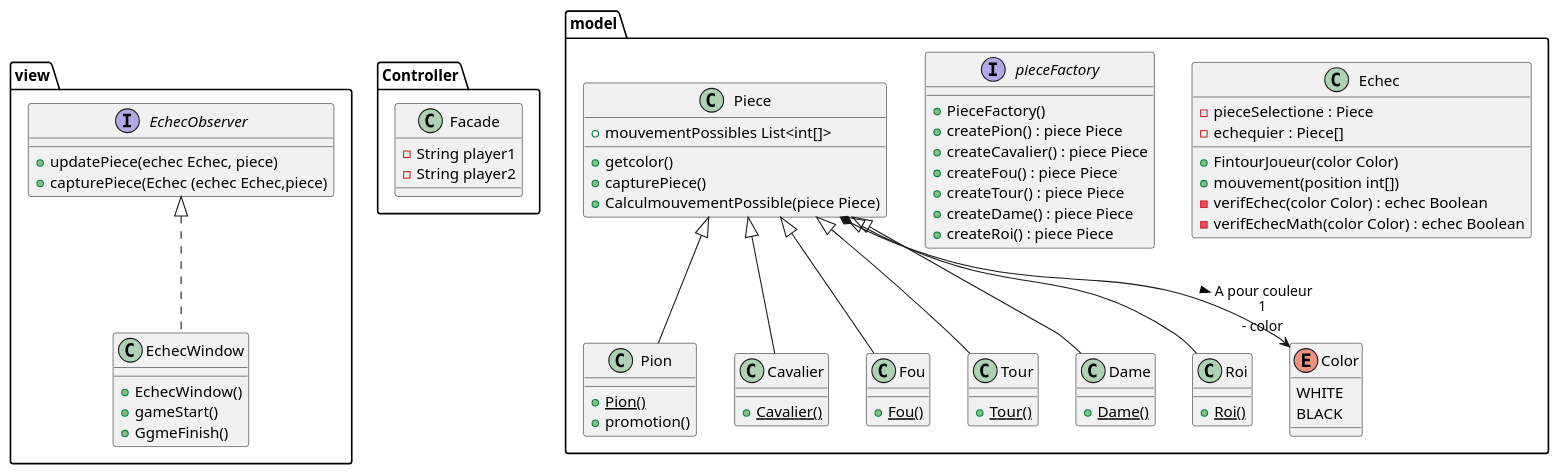
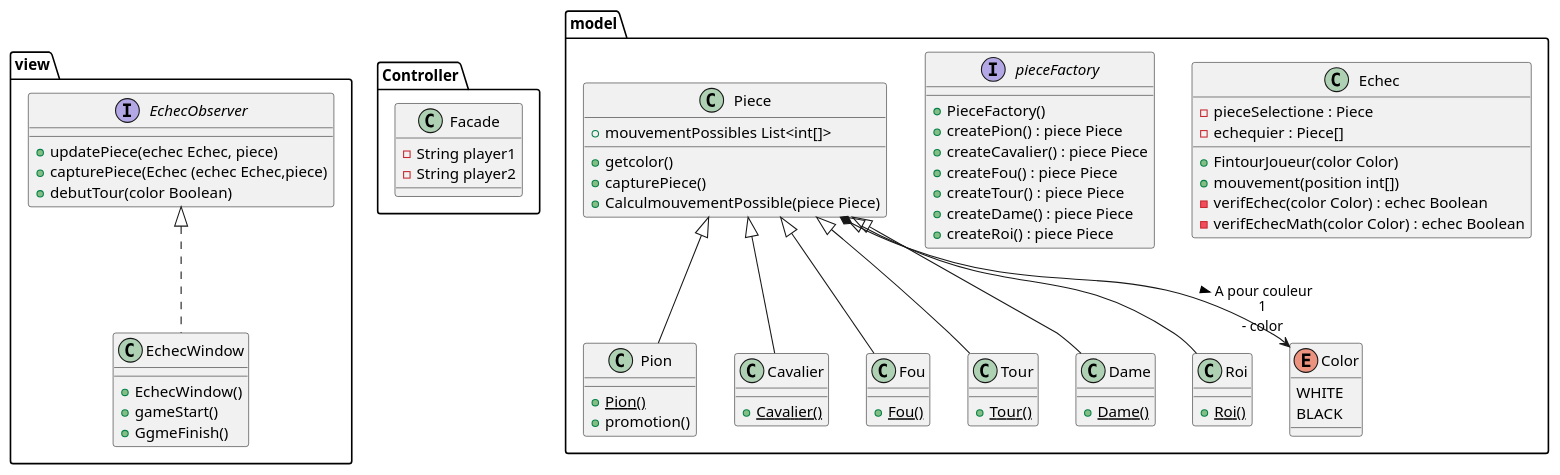
Before and after one commit to Dubimasa/Echec: the diagram in Echec/diagsUML/Diagramme_Class_Echec.puml, drawn with PlantUML.

Commit message:
Modification uml

```diff
--- a/Echec/diagsUML/Diagramme_Class_Echec.puml
+++ b/Echec/diagsUML/Diagramme_Class_Echec.puml
@@ -1,89 +1,90 @@
 @startuml
 'https://plantuml.com/class-diagram
 
 
 Package view{
     interface EchecObserver
     {
         +updatePiece(echec Echec, piece)
         +capturePiece(Echec (echec Echec,piece)
+        +debutTour(color Boolean)
     }
     class EchecWindow implements EchecObserver
     {
      +EchecWindow()
      +gameStart()
      +GgmeFinish()
     }
 
 }
 Package Controller
 {
     class Facade
     {
         -String player1
         -String player2
     }
 }
 Package model
 {
     class Echec {
 
     -pieceSelectione : Piece
     -echequier : Piece[]
     +FintourJoueur(color Color)
     +mouvement(position int[])
     -verifEchec(color Color) : echec Boolean
     -verifEchecMath(color Color) : echec Boolean
     }
     Interface pieceFactory
     {
         +PieceFactory()
         +createPion() : piece Piece
         +createCavalier() : piece Piece
         +createFou() : piece Piece
         +createTour() : piece Piece
         +createDame() : piece Piece
         +createRoi() : piece Piece
     }
     class Piece
     {
         +mouvementPossibles List<int[]>
         +getcolor()
         +capturePiece()
         +CalculmouvementPossible(piece Piece)
     }
     class Pion extends Piece
     {
         +{static}Pion()
         +promotion()
     }
     class Cavalier extends Piece
     {
     +{static}Cavalier()
     }
     class Fou extends Piece
     {
     +{static}Fou()
     }
     class Tour extends Piece
     {
     +{static}Tour()
     }
     class Dame extends Piece
     {
     +{static}Dame()
     }
     class Roi extends Piece
     {
     +{static}Roi()
     }
     Enum Color
     {
         WHITE
         BLACK
     }
 }
 
 Piece *--> "1\n- color" Color : > A pour couleur
 
 @enduml
```
